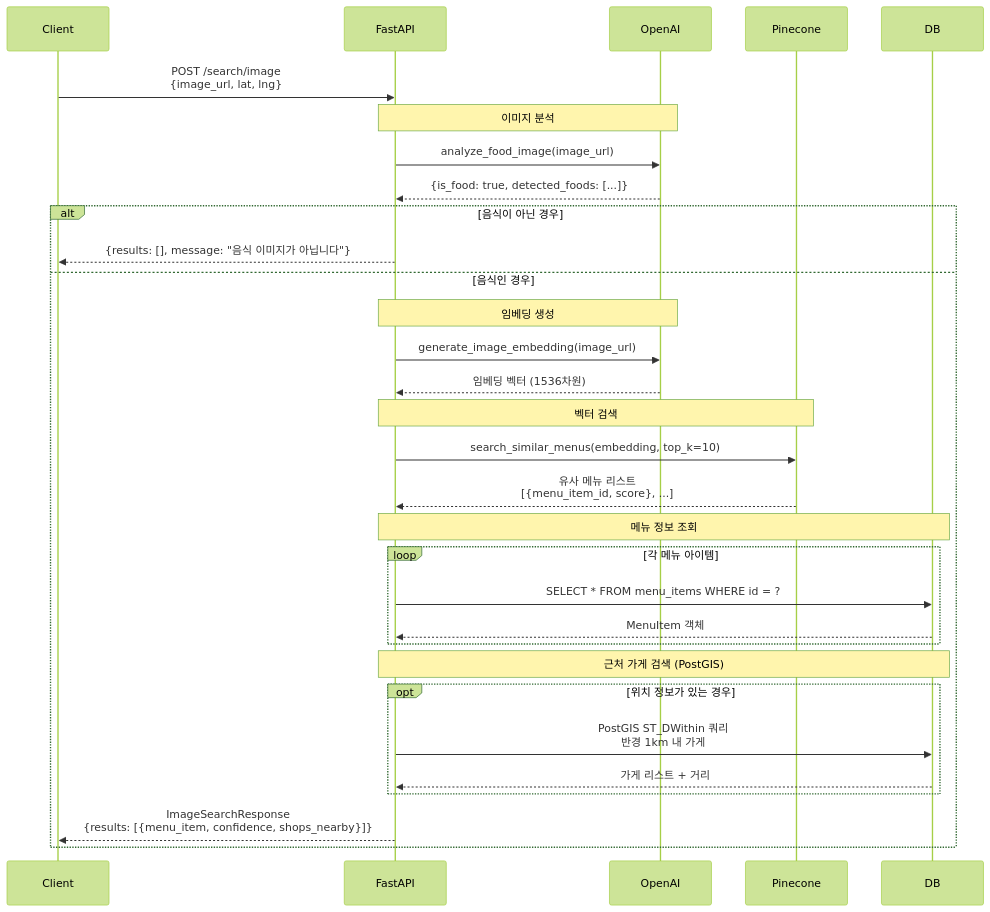
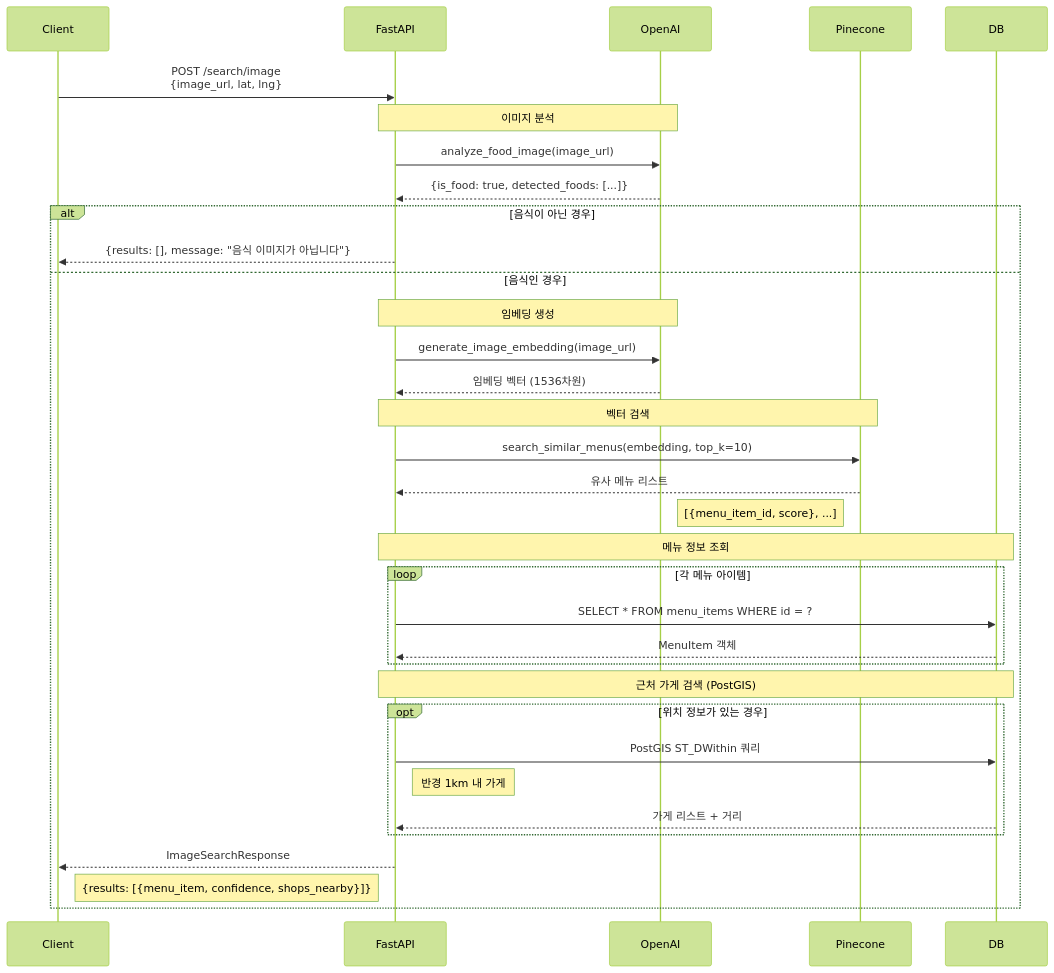
The fourth of 7 diagrams in backend/SYSTEM_ARCHITECTURE.md (WoongHeeHee/DX_project), drawn with Mermaid (forest theme) before and after one commit. The commit also changed other lines of this file and 136 other files, not shown here.

````diff
--- a/backend/SYSTEM_ARCHITECTURE.md
+++ b/backend/SYSTEM_ARCHITECTURE.md
@@ -202,40 +285,43 @@
 ```mermaid
 sequenceDiagram
     participant Client
     participant FastAPI
     participant OpenAI
     participant Pinecone
     participant DB
 
     Client->>FastAPI: POST /search/image<br/>{image_url, lat, lng}
     
     Note over FastAPI,OpenAI: 이미지 분석
     FastAPI->>OpenAI: analyze_food_image(image_url)
     OpenAI-->>FastAPI: {is_food: true, detected_foods: [...]}
     
     alt 음식이 아닌 경우
         FastAPI-->>Client: {results: [], message: "음식 이미지가 아닙니다"}
     else 음식인 경우
         Note over FastAPI,OpenAI: 임베딩 생성
         FastAPI->>OpenAI: generate_image_embedding(image_url)
         OpenAI-->>FastAPI: 임베딩 벡터 (1536차원)
         
         Note over FastAPI,Pinecone: 벡터 검색
         FastAPI->>Pinecone: search_similar_menus(embedding, top_k=10)
-        Pinecone-->>FastAPI: 유사 메뉴 리스트<br/>[{menu_item_id, score}, ...]
+        Pinecone-->>FastAPI: 유사 메뉴 리스트
+        Note left of Pinecone: [{menu_item_id, score}, ...]
         
         Note over FastAPI,DB: 메뉴 정보 조회
         loop 각 메뉴 아이템
             FastAPI->>DB: SELECT * FROM menu_items WHERE id = ?
             DB-->>FastAPI: MenuItem 객체
         end
         
         Note over FastAPI,DB: 근처 가게 검색 (PostGIS)
         opt 위치 정보가 있는 경우
-            FastAPI->>DB: PostGIS ST_DWithin 쿼리<br/>반경 1km 내 가게
+            FastAPI->>DB: PostGIS ST_DWithin 쿼리
+            Note right of FastAPI: 반경 1km 내 가게
             DB-->>FastAPI: 가게 리스트 + 거리
         end
         
-        FastAPI-->>Client: ImageSearchResponse<br/>{results: [{menu_item, confidence, shops_nearby}]}
+        FastAPI-->>Client: ImageSearchResponse
+        Note left of FastAPI: {results: [{menu_item, confidence, shops_nearby}]}
     end
 ```
````
